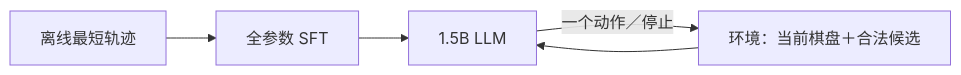
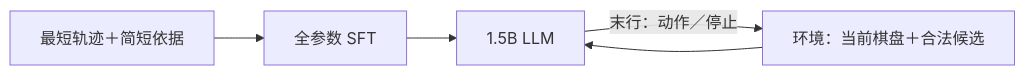
One commit to Harryking1999/grounded-llm changed the diagram in docs/LLM_SFT_PLAN.md. Above: the diagram before and after it, drawn with Mermaid. The commit also changed other lines of this file, not shown here.

Commit message:
Add verified short reasons before SFT action labels

````diff
--- a/docs/LLM_SFT_PLAN.md
+++ b/docs/LLM_SFT_PLAN.md
@@ -11,6 +11,6 @@
 ```mermaid
 flowchart LR
-    O["离线最短轨迹"] --> S["全参数 SFT"] --> L["1.5B LLM"]
+    O["最短轨迹＋简短依据"] --> S["全参数 SFT"] --> L["1.5B LLM"]
     E["环境：当前棋盘＋合法候选"] --> L
-    L -->|"一个动作／停止"| E
+    L -->|"末行：动作／停止"| E
 ```
````
